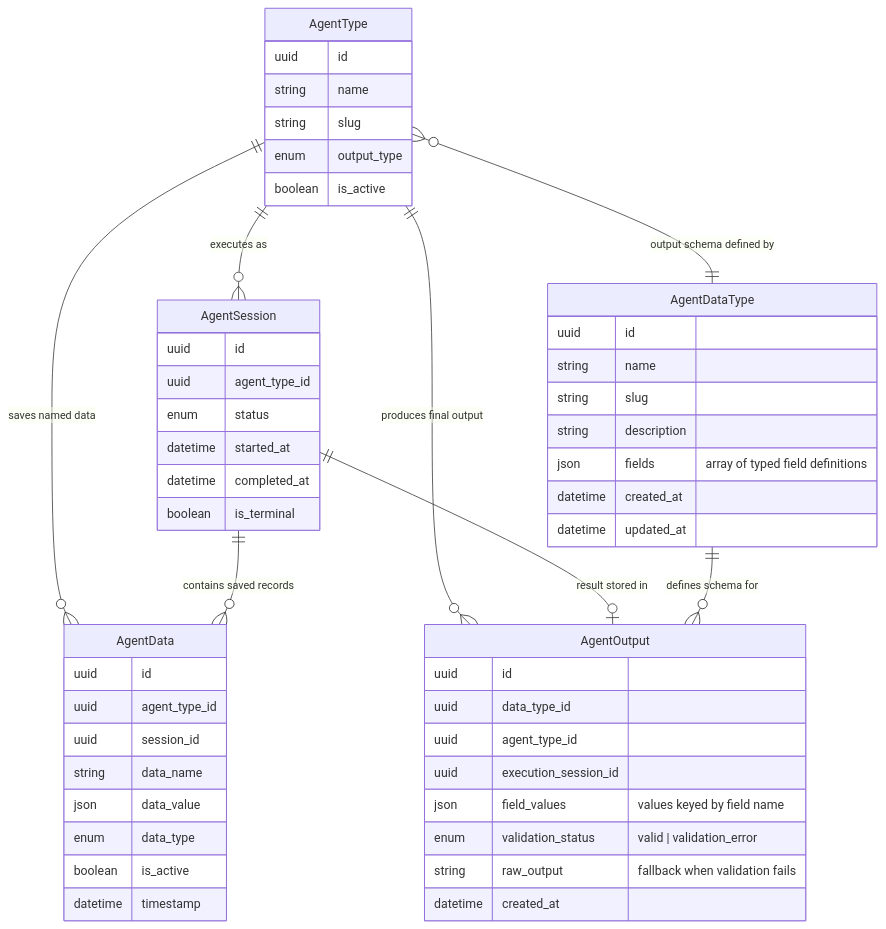
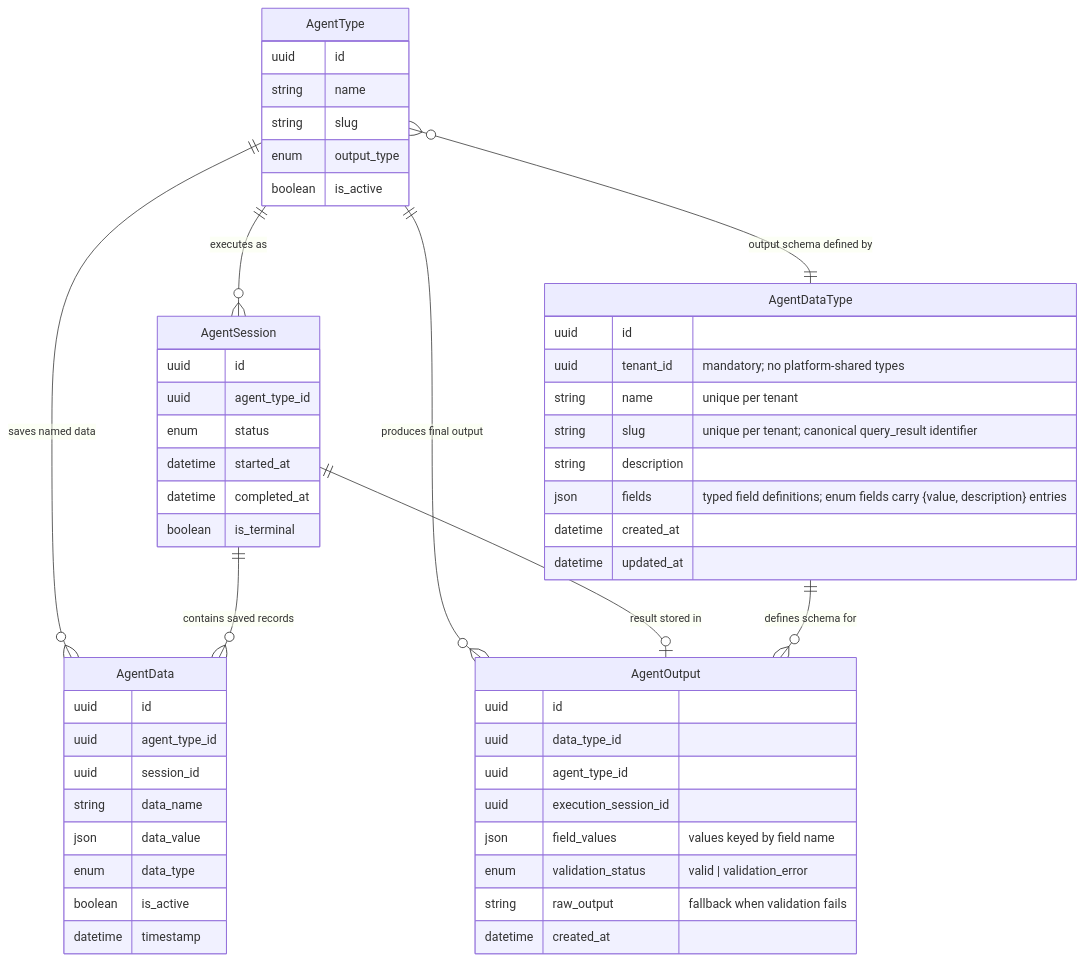
Before and after one commit to hurungang/parthenon: the eighth of 14 diagrams in docs/master/data-model/overview.md, drawn with Mermaid. The commit also changed other lines of this file and 231 other files, not shown here.

````diff
--- a/docs/master/data-model/overview.md
+++ b/docs/master/data-model/overview.md
@@ -671,58 +690,59 @@
 ```mermaid
 erDiagram
     AgentType {
         uuid id
         string name
         string slug
         enum output_type
         boolean is_active
     }
 
     AgentSession {
         uuid id
         uuid agent_type_id
         enum status
         datetime started_at
         datetime completed_at
         boolean is_terminal
     }
 
     AgentData {
         uuid id
         uuid agent_type_id
         uuid session_id
         string data_name
         json data_value
         enum data_type
         boolean is_active
         datetime timestamp
     }
 
     AgentOutput {
         uuid id
         uuid data_type_id
         uuid agent_type_id
         uuid execution_session_id
         json field_values "values keyed by field name"
         enum validation_status "valid | validation_error"
         string raw_output "fallback when validation fails"
         datetime created_at
     }
     AgentDataType {
         uuid id
-        string name
-        string slug
+        uuid tenant_id "mandatory; no platform-shared types"
+        string name "unique per tenant"
+        string slug "unique per tenant; canonical query_result identifier"
         string description
-        json fields "array of typed field definitions"
+        json fields "typed field definitions; enum fields carry {value, description} entries"
         datetime created_at
         datetime updated_at
     }
 
     AgentType ||--o{ AgentSession : "executes as"
     AgentType ||--o{ AgentData : "saves named data"
     AgentSession ||--o{ AgentData : "contains saved records"
     AgentType ||--o{ AgentOutput : "produces final output"
     AgentSession ||--o| AgentOutput : "result stored in"
     AgentDataType ||--o{ AgentOutput : "defines schema for"
     AgentType }o--|| AgentDataType : "output schema defined by"
 ```
````
